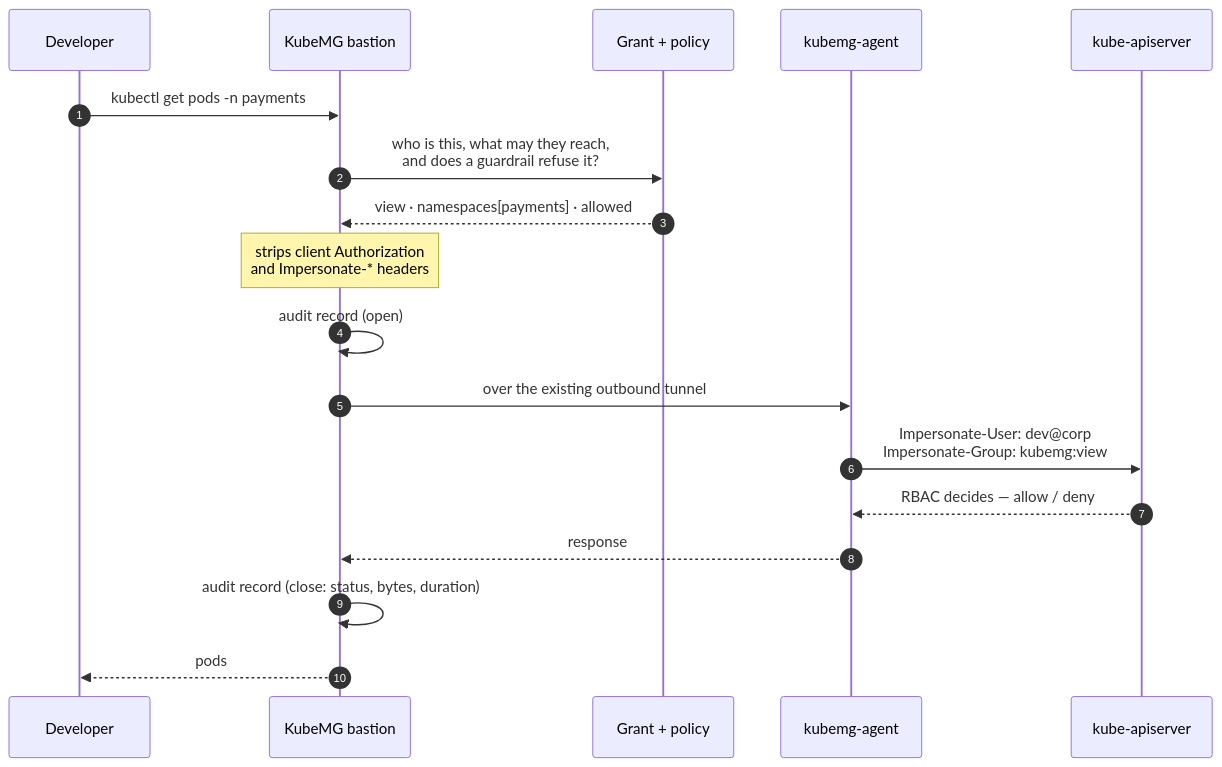
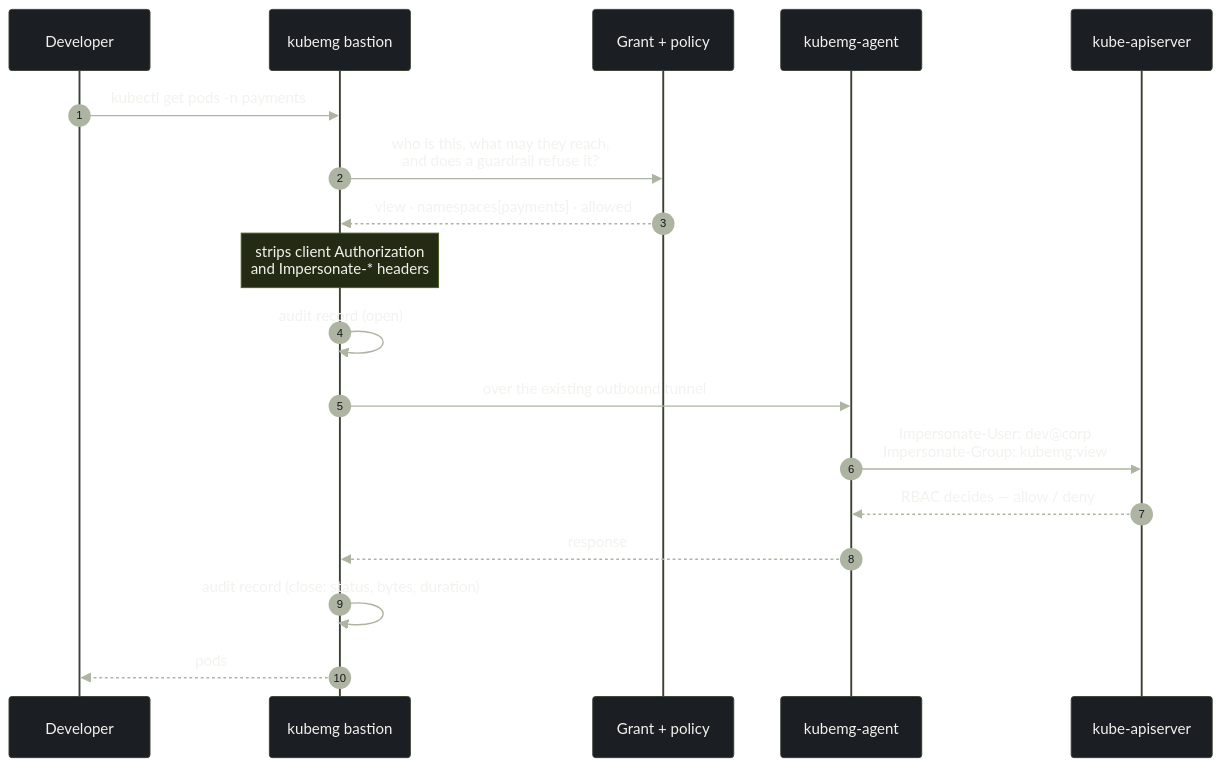
Before and after one commit to kubemg/kubemg: the second of 6 diagrams in README.md, drawn with Mermaid. The commit also changed other lines of this file and 2 other files, not shown here.

First line of the commit message:
docs(readme): put the README on the brand system, and lead with the trade (#69)

````diff
--- a/README.md
+++ b/README.md
@@ -82,21 +108,30 @@
 ```mermaid
+%%{init: {'theme':'base','themeVariables':{
+  'fontFamily':'-apple-system, BlinkMacSystemFont, Segoe UI, Helvetica, Arial, sans-serif','fontSize':'13px',
+  'actorBkg':'#1B1E22','actorBorder':'#3A4033','actorTextColor':'#F2F3EF','actorLineColor':'#3A4033',
+  'signalColor':'#ADB4A2','signalTextColor':'#F2F3EF',
+  'noteBkgColor':'#242B14','noteBorderColor':'#4B5A22','noteTextColor':'#F2F3EF',
+  'labelBoxBkgColor':'#1B1E22','labelBoxBorderColor':'#3A4033','labelTextColor':'#F2F3EF',
+  'sequenceNumberColor':'#14161A','activationBkgColor':'#3A4033',
+  'lineColor':'#8A9080','textColor':'#F2F3EF','primaryColor':'#BFF23C'
+}}}%%
 sequenceDiagram
     autonumber
     participant D as Developer
-    participant B as KubeMG bastion
+    participant B as kubemg bastion
     participant G as Grant + policy
     participant A as kubemg-agent
     participant K as kube-apiserver
 
     D->>B: kubectl get pods -n payments
     B->>G: who is this, what may they reach,<br/>and does a guardrail refuse it?
     G-->>B: view · namespaces[payments] · allowed
     Note over B: strips client Authorization<br/>and Impersonate-* headers
     B->>B: audit record (open)
     B->>A: over the existing outbound tunnel
     A->>K: Impersonate-User: dev@corp<br/>Impersonate-Group: kubemg:view
     K-->>A: RBAC decides — allow / deny
     A-->>B: response
     B->>B: audit record (close: status, bytes, duration)
     B-->>D: pods
 ```
````
